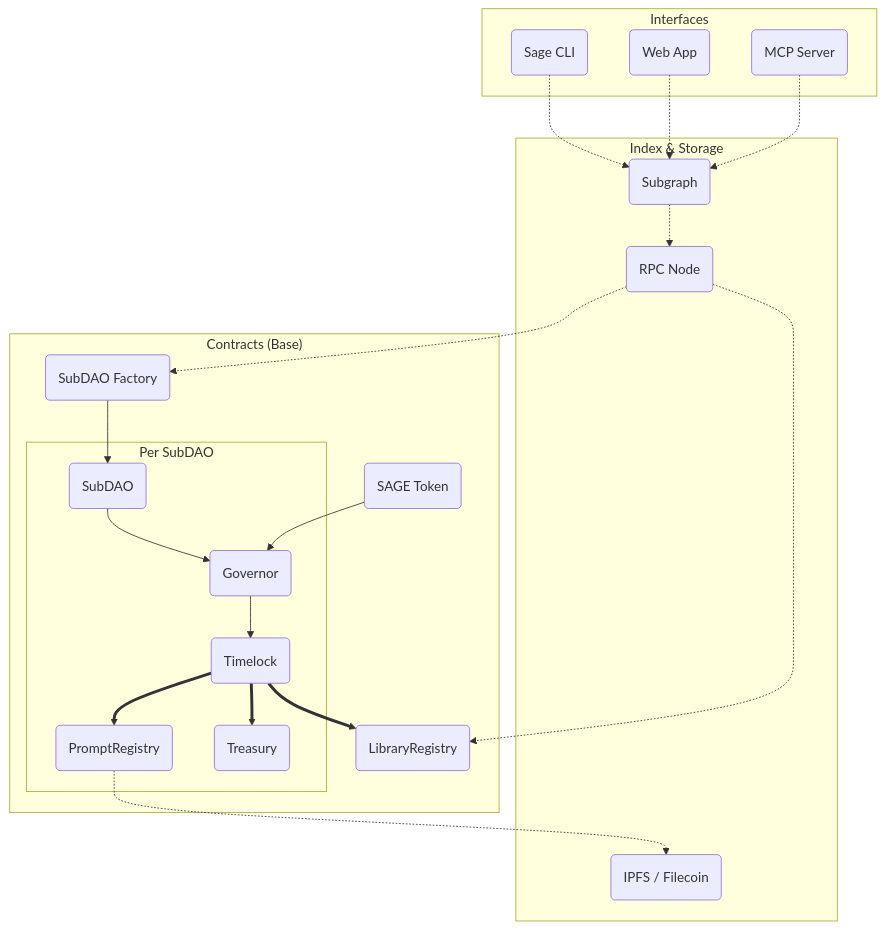
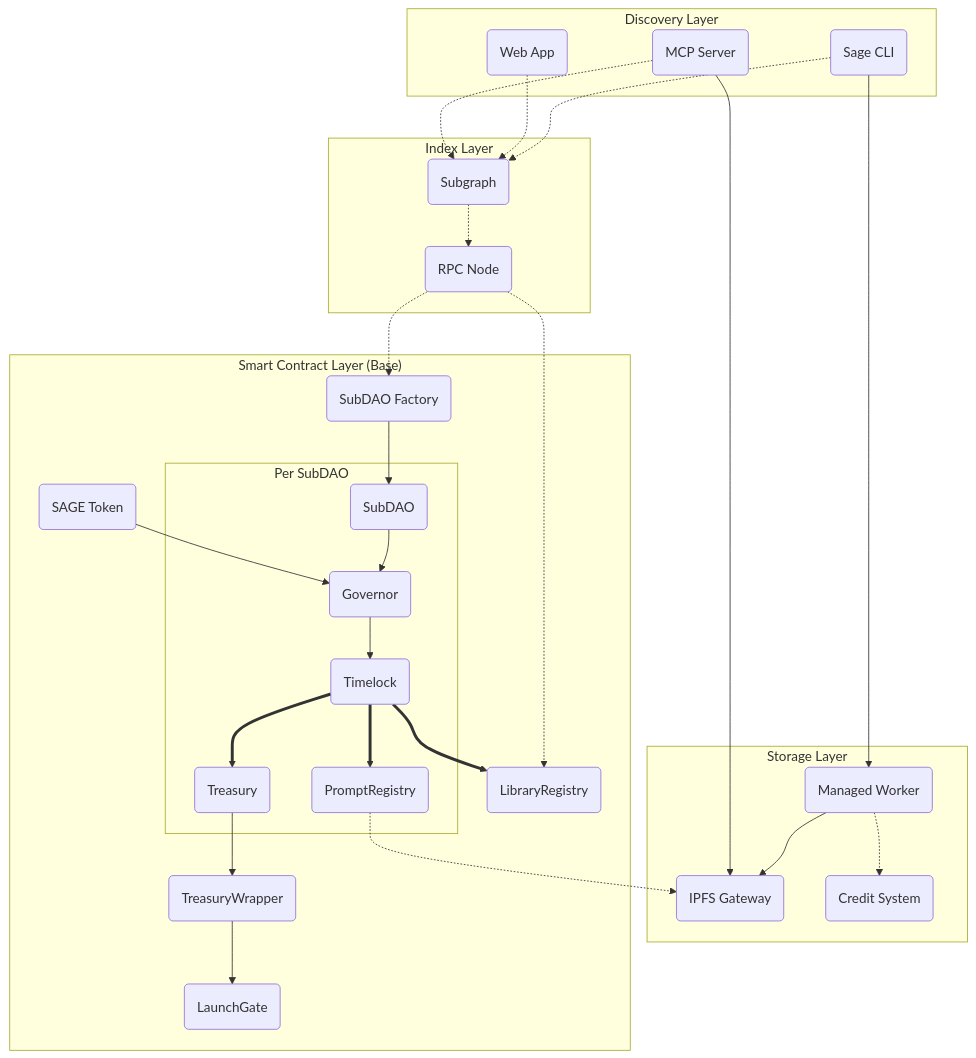
The diagram in docs/contracts/architecture.md (sage-protocol/sage-litepaper-site), drawn with Mermaid before and after one commit. The commit also changed other lines of this file and 7 other files, not shown here.

````diff
--- a/docs/contracts/architecture.md
+++ b/docs/contracts/architecture.md
@@ -40,7 +42,9 @@
     MCP("MCP Server")
     SG("Subgraph")
     RPC("RPC Node")
-    IPFS("IPFS / Filecoin")
+    IPFS("IPFS Gateway")
+    WORKER("Managed Worker")
+    CREDITS("Credit System")
     SF("SubDAO Factory")
     LR("LibraryRegistry")
     SD("SubDAO")
@@ -49,24 +53,33 @@
     PR("PromptRegistry")
     TR("Treasury")
     SAGE("SAGE Token")
+    LG("LaunchGate")
+    TW("TreasuryWrapper")
 
     %% Define subgraphs
-    subgraph "Interfaces"
+    subgraph "Discovery Layer"
         CLI
         APP
         MCP
     end
 
-    subgraph "Index & Storage"
+    subgraph "Index Layer"
         SG
         RPC
-        IPFS
     end
 
-    subgraph "Contracts (Base)"
+    subgraph "Storage Layer"
+        IPFS
+        WORKER
+        CREDITS
+    end
+
+    subgraph "Smart Contract Layer (Base)"
         SF
         LR
         SAGE
+        LG
+        TW
         subgraph "Per SubDAO"
             SD
             GOV
@@ -85,6 +98,12 @@
     RPC -.-> SF
     RPC -.-> LR
 
+    %% Storage operations
+    CLI --> WORKER
+    WORKER --> IPFS
+    WORKER -.-> CREDITS
+    MCP --> IPFS
+
     %% Write/Transaction operations
     SF --> SD
     SD --> GOV
@@ -93,7 +112,9 @@
     TL ==> TR
     TL ==> LR
     SAGE --> GOV
+    TR --> TW
+    TW --> LG
 
-    %% Conceptual link
+    %% Conceptual links
     PR -.-> IPFS
 ```
````
